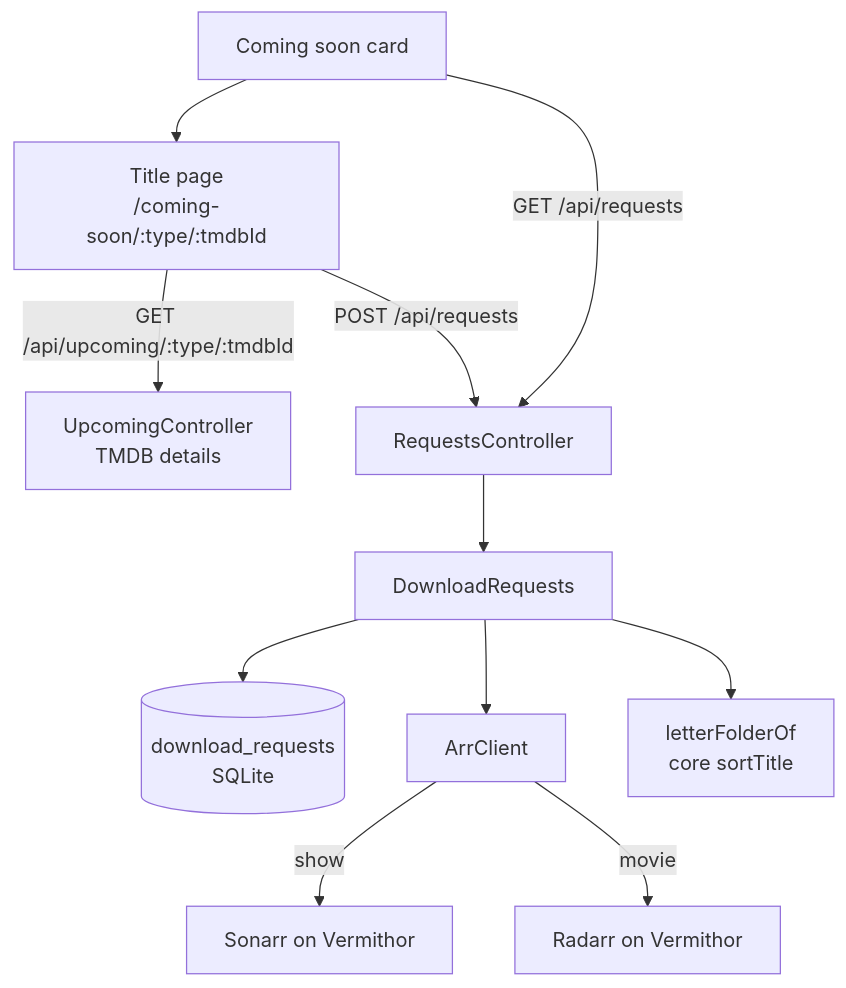
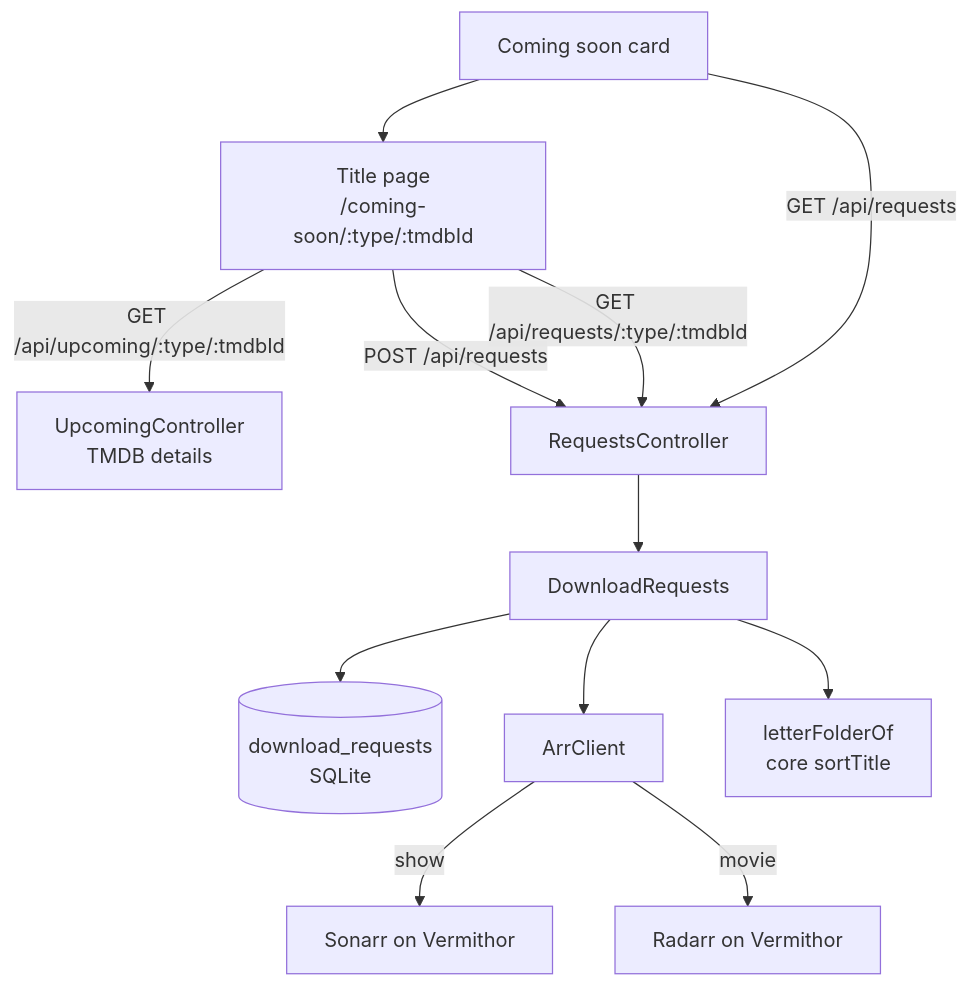
The first of 3 diagrams in docs/superpowers/specs/2026-11-12-raven-coming-soon-requests-design.md (codebend3r/maester), drawn with Mermaid before and after one commit. The commit also changed other lines of this file and 41 other files, not shown here.

````diff
--- a/docs/superpowers/specs/2026-11-12-raven-coming-soon-requests-design.md
+++ b/docs/superpowers/specs/2026-11-12-raven-coming-soon-requests-design.md
@@ -37,13 +37,14 @@
 ```mermaid
 flowchart TB
   card[Coming soon card] --> page[Title page<br/>/coming-soon/:type/:tmdbId]
   page -->|GET /api/upcoming/:type/:tmdbId| details[UpcomingController<br/>TMDB details]
   page -->|POST /api/requests| ctrl[RequestsController]
+  page -->|GET /api/requests/:type/:tmdbId| ctrl
   card -->|GET /api/requests| ctrl
   ctrl --> service[DownloadRequests]
   service --> db[(download_requests<br/>SQLite)]
   service --> arr[ArrClient]
   arr -->|show| sonarr[Sonarr on Vermithor]
   arr -->|movie| radarr[Radarr on Vermithor]
   service --> folders[letterFolderOf<br/>core sortTitle]
 ```
````
